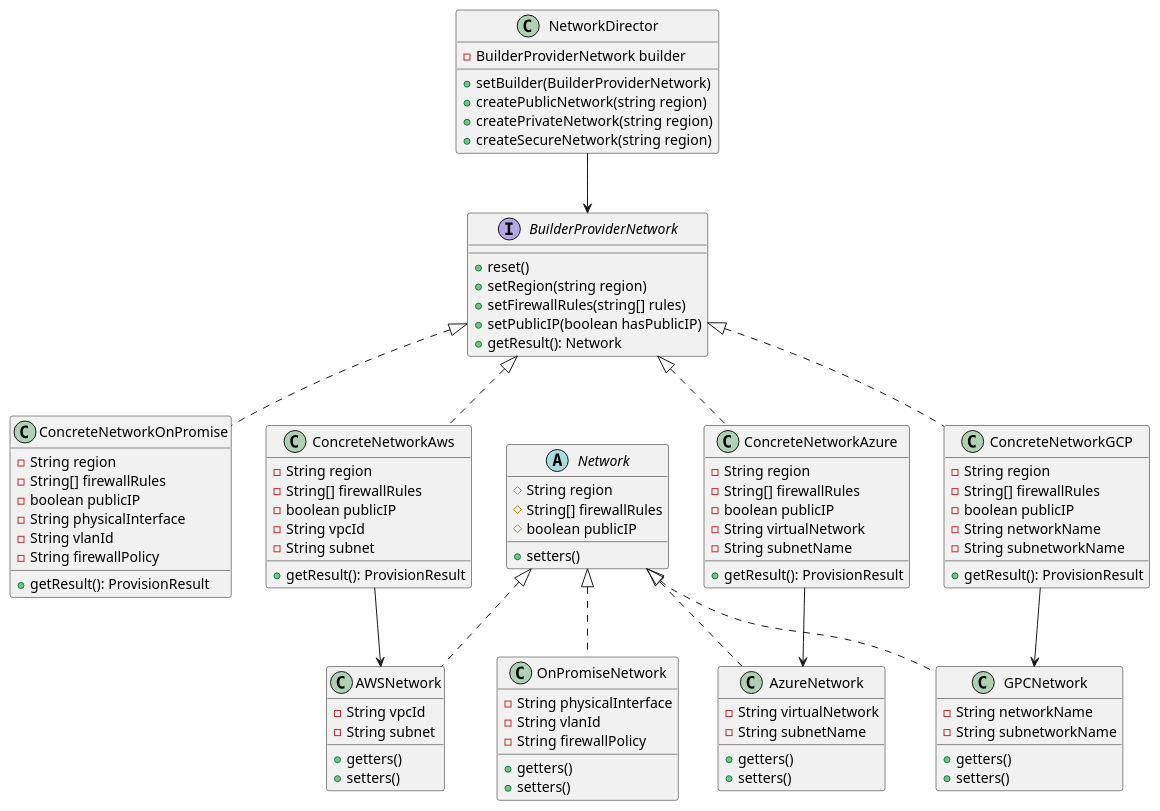
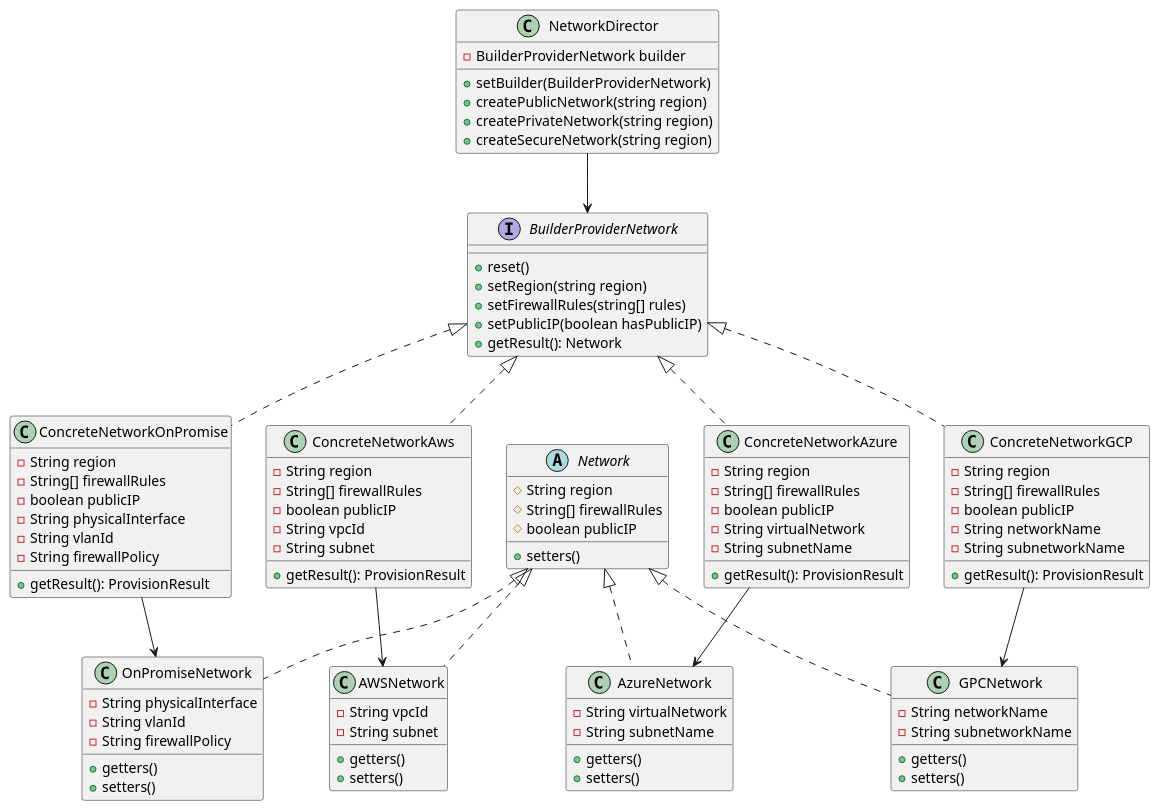
Before and after one commit to david123456858/Design-patterns-Cloud: the diagram in uml/build/builderNetwork.wsd, drawn with PlantUML. The commit also changed 1 other file, not shown here.

Commit message:
listo uml

```diff
--- a/uml/build/builderNetwork.wsd
+++ b/uml/build/builderNetwork.wsd
@@ -1,96 +1,97 @@
 @startuml build-Network
 
 interface BuilderProviderNetwork {
     + reset()
     + setRegion(string region)
     + setFirewallRules(string[] rules)
     + setPublicIP(boolean hasPublicIP)
     + getResult(): Network
 }
 
 class NetworkDirector {
     - BuilderProviderNetwork builder
     + setBuilder(BuilderProviderNetwork)
     + createPublicNetwork(string region)
     + createPrivateNetwork(string region)
     + createSecureNetwork(string region)
 }
 
 class ConcreteNetworkAws implements BuilderProviderNetwork {
     - String region
     - String[] firewallRules
     - boolean publicIP
     - String vpcId          
     - String subnet        
     + getResult(): ProvisionResult
 }
 class ConcreteNetworkAzure implements BuilderProviderNetwork {
     - String region
     - String[] firewallRules
     - boolean publicIP
     - String virtualNetwork
     - String subnetName  
     + getResult(): ProvisionResult
 
 }
 class ConcreteNetworkGCP implements BuilderProviderNetwork{
     - String region
     - String[] firewallRules
     - boolean publicIP
     - String networkName
     - String subnetworkName 
     + getResult(): ProvisionResult
     
 }
 class ConcreteNetworkOnPromise implements BuilderProviderNetwork{
     - String region
     - String[] firewallRules
     - boolean publicIP
     - String physicalInterface
     - String vlanId
     - String firewallPolicy 
     + getResult(): ProvisionResult
     
 }
 
 abstract class Network {
     # String region            
     # String[] firewallRules   
     # boolean publicIP         
     + setters()
 }
 
 class AWSNetwork implements Network {
     - String vpcId
     - String subnet
     + getters()
     + setters()
 }
 
 class AzureNetwork implements Network {
     - String virtualNetwork
     - String subnetName
     + getters()
     + setters()
 }
 
 class GPCNetwork implements Network {
     - String networkName
     - String subnetworkName
     + getters()
     + setters()
 }
 
 class OnPromiseNetwork implements Network{
     - String physicalInterface
     - String vlanId
     - String firewallPolicy
     + getters()
     + setters()
 }
 
 NetworkDirector --> BuilderProviderNetwork
 ConcreteNetworkAws --> AWSNetwork
 ConcreteNetworkAzure --> AzureNetwork
 ConcreteNetworkGCP --> GPCNetwork
+ConcreteNetworkOnPromise --> OnPromiseNetwork
 @enduml
```
